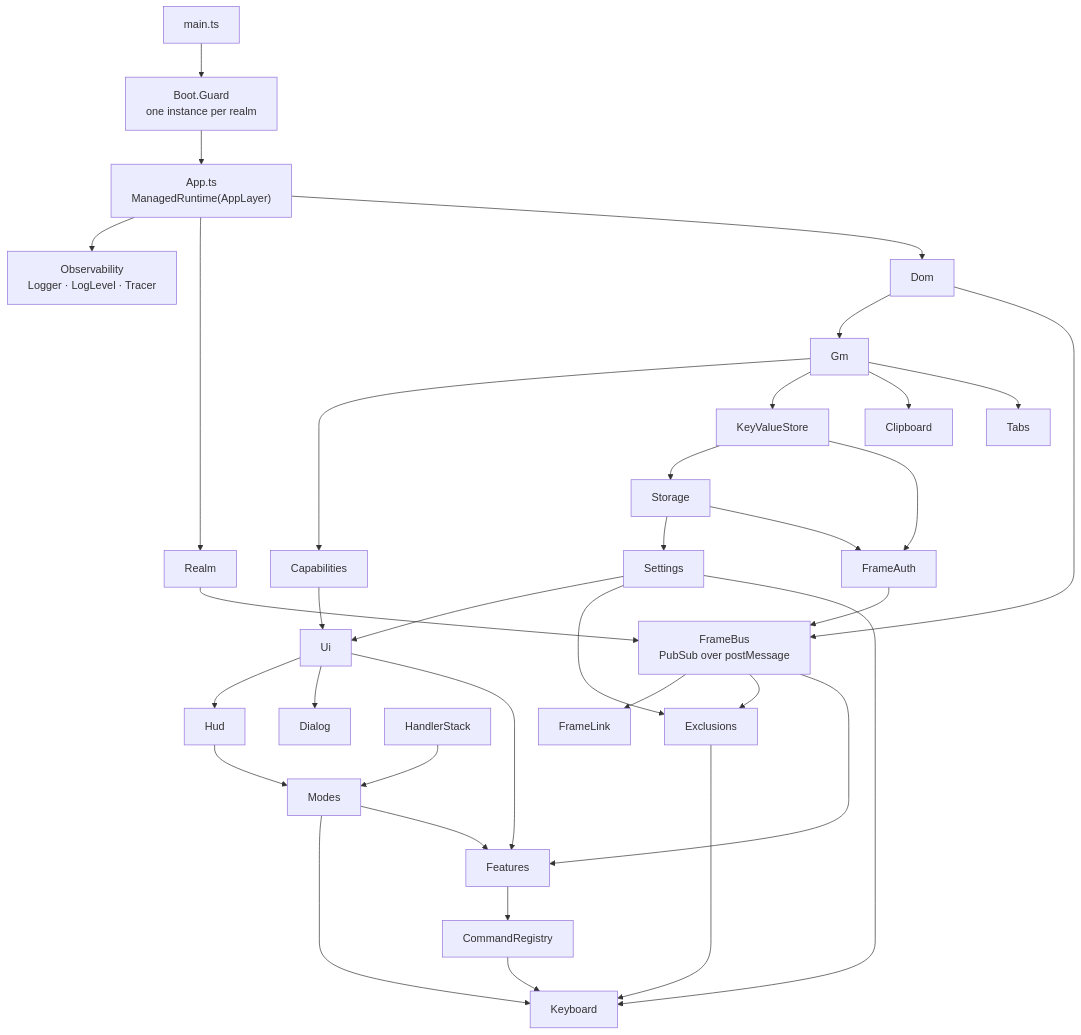
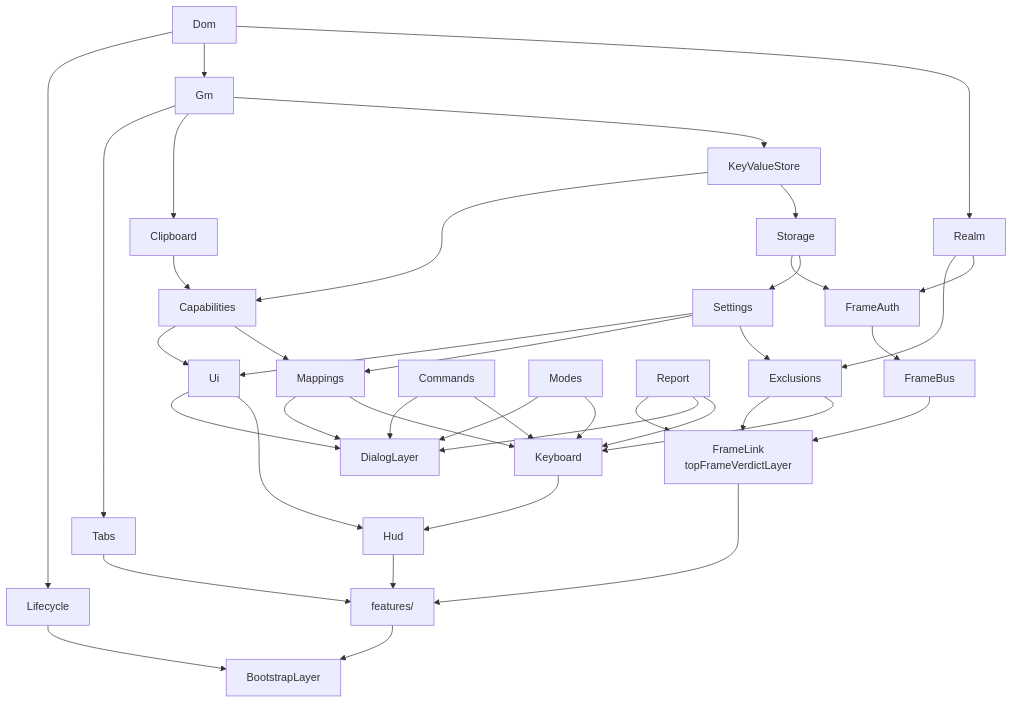
One commit to evanlouie/vimium-webkit changed the diagram in ARCHITECTURE.md. Above: the diagram before and after it, drawn with Mermaid. The commit also changed other lines of this file, not shown here.

First line of the commit message:
docs(architecture): describe the application as it is now built

````diff
--- a/ARCHITECTURE.md
+++ b/ARCHITECTURE.md
@@ -33,44 +51,48 @@
 ```mermaid
 flowchart TD
-  Main["main.ts"] --> Guard["Boot.Guard<br/>one instance per realm"]
-  Guard --> Runtime["App.ts<br/>ManagedRuntime(AppLayer)"]
-
-  Runtime --> Obs["Observability<br/>Logger · LogLevel · Tracer"]
-  Runtime --> Realm
-  Runtime --> Dom
-
+  Dom --> Realm
   Dom --> Gm
-  Gm --> Caps["Capabilities"]
-  Gm --> Kv["KeyValueStore"]
-  Kv --> Storage
-  Storage --> Settings
+  Dom --> Lifecycle
+  Gm --> KeyValueStore
   Gm --> Clipboard
   Gm --> Tabs
+  KeyValueStore --> Storage
+  KeyValueStore --> Capabilities
+  Clipboard --> Capabilities
 
-  Dom --> Bus["FrameBus<br/>PubSub over postMessage"]
-  Realm --> Bus
-  Storage --> Auth["FrameAuth"] --> Bus
-  Kv --> Auth
+  Storage --> Settings
+  Storage --> FrameAuth
+  Realm --> FrameAuth
+  FrameAuth --> FrameBus
 
+  Realm --> Exclusions
+  Settings --> Exclusions
+  Settings --> Mappings
+  Capabilities --> Mappings
   Settings --> Ui
-  Caps --> Ui
+  Capabilities --> Ui
+
+  Commands --> Keyboard
+  Exclusions --> Keyboard
+  Mappings --> Keyboard
+  Modes --> Keyboard
+  Report --> Keyboard
+
+  Keyboard --> Hud
   Ui --> Hud
+  Commands --> Dialog["DialogLayer"]
+  Mappings --> Dialog
+  Modes --> Dialog
+  Report --> Dialog
   Ui --> Dialog
 
-  Hud --> Modes
-  Stack["HandlerStack"] --> Modes
+  Exclusions --> Link["FrameLink<br/>topFrameVerdictLayer"]
+  FrameBus --> Link
+  Report --> Link
 
-  Bus --> Link["FrameLink"]
-  Bus --> Exclusions
-  Settings --> Exclusions
-
-  Registry["CommandRegistry"] --> Keyboard
-  Modes --> Keyboard
-  Exclusions --> Keyboard
-  Settings --> Keyboard
-
-  Modes --> Features
-  Ui --> Features
-  Bus --> Features
-  Features --> Registry
+  Link --> Features["features/"]
+  Hud --> Features
+  Tabs --> Features
+  Features --> Bootstrap["BootstrapLayer"]
+  Lifecycle --> Bootstrap
 ```
````
